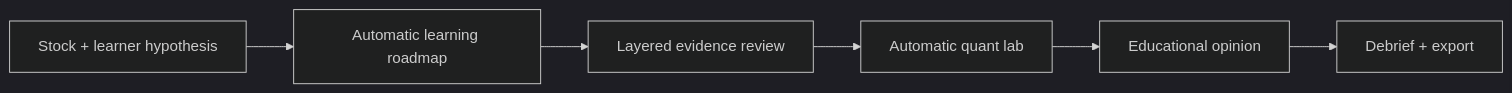
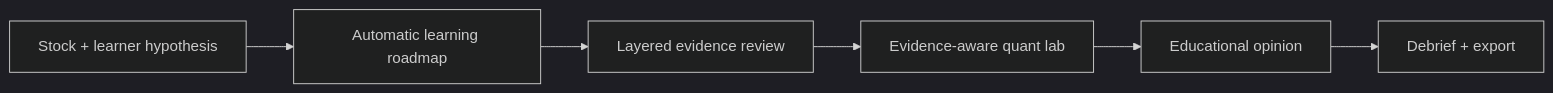
The first of 2 diagrams in README.md (MT7654/longviewresearch), drawn with Mermaid (dark theme) before and after one commit. The commit also changed other lines of this file and 13 other files, not shown here.

````diff
--- a/README.md
+++ b/README.md
@@ -36,8 +36,8 @@
 ```mermaid
 flowchart LR
     A["Stock + learner hypothesis"] --> B["Automatic learning roadmap"]
     B --> C["Layered evidence review"]
-    C --> D["Automatic quant lab"]
+    C --> D["Evidence-aware quant lab"]
     D --> E["Educational opinion"]
     E --> F["Debrief + export"]
 ```
````
